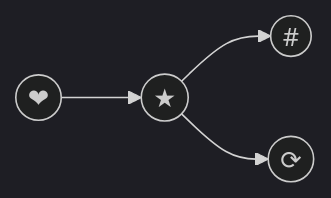
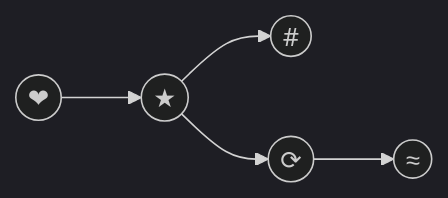
One commit to GreatBahram/bisect-exercise changed the diagram in readme.md. Above: the diagram before and after it, drawn with Mermaid (dark theme).

Commit message:
connect d -> e, using '≈' symbol

````diff
--- a/readme.md
+++ b/readme.md
@@ -5,6 +5,7 @@
 ```mermaid
 graph LR;
     A((❤)) --> B((★));
     B --> C((#));
  	B --> D((⟳));
+    D --> E((≈));
 ```
````
